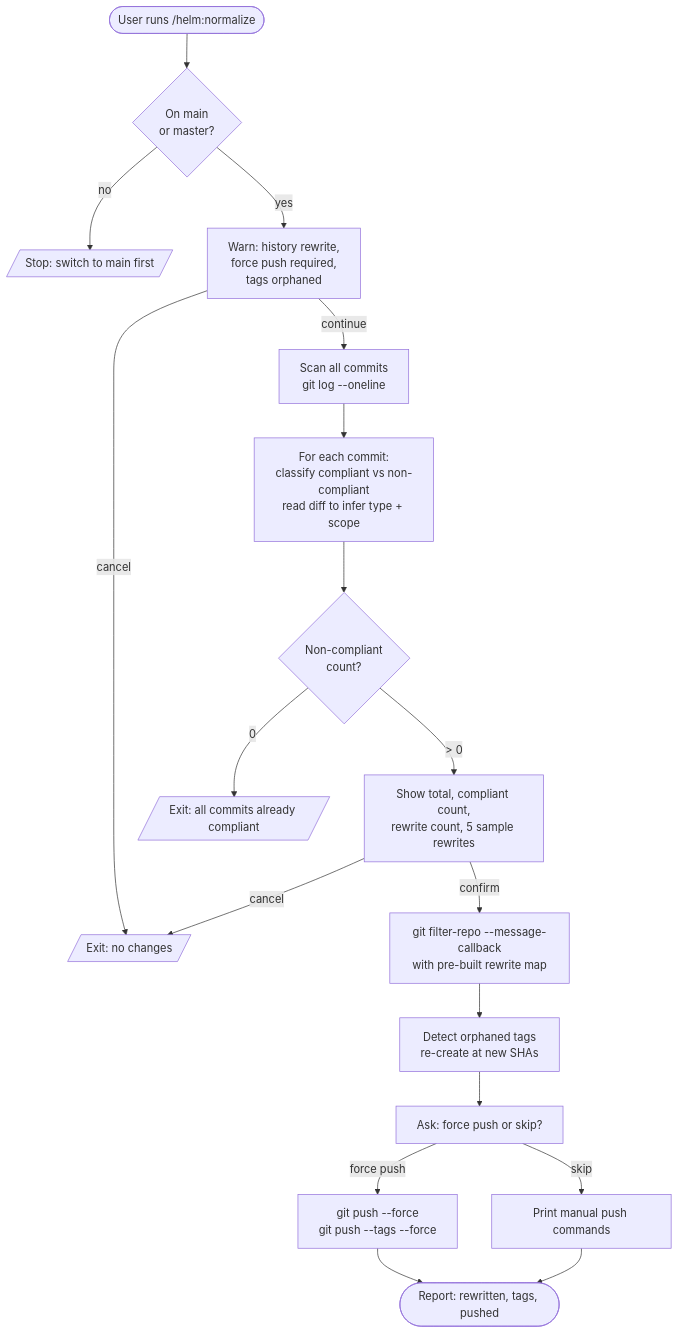
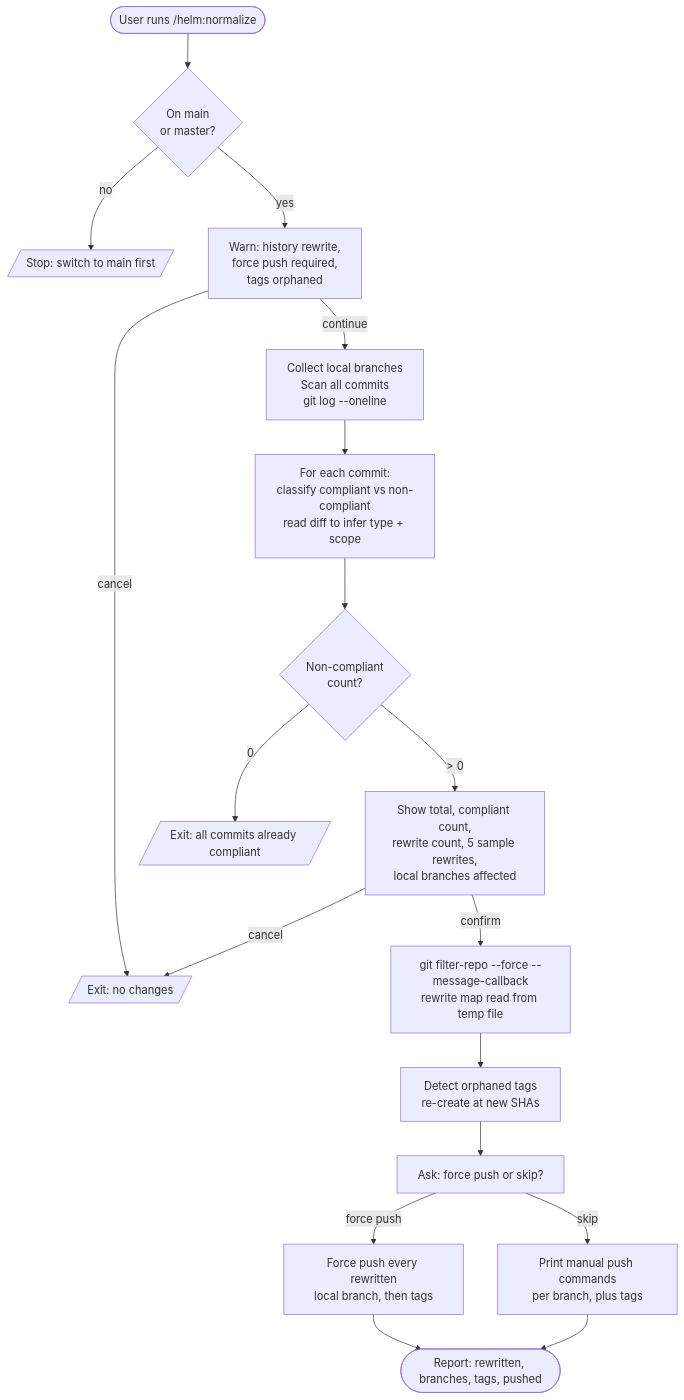
One commit to myowinthein/agent-helm changed the diagram in docs/commands/normalize.md. Above: the diagram before and after it, drawn with Mermaid. The commit also changed other lines of this file and 1 other file, not shown here.

First line of the commit message:
fix(normalize): fix filter-repo --force, fragile inline JSON, and abandoned branches

````diff
--- a/docs/commands/normalize.md
+++ b/docs/commands/normalize.md
@@ -13,27 +13,27 @@
 ```mermaid
 flowchart TD
   Start([User runs /helm:normalize]) --> Branch{On main<br/>or master?}
   Branch -->|no| BranchStop[/Stop: switch to main first/]
   Branch -->|yes| Warn[Warn: history rewrite,<br/>force push required,<br/>tags orphaned]
 
   Warn -->|cancel| Cancel[/Exit: no changes/]
-  Warn -->|continue| Scan[Scan all commits<br/>git log --oneline]
+  Warn -->|continue| Scan[Collect local branches<br/>Scan all commits<br/>git log --oneline]
 
   Scan --> Classify[For each commit:<br/>classify compliant vs non-compliant<br/>read diff to infer type + scope]
   Classify --> Count{Non-compliant<br/>count?}
 
   Count -->|0| NothingToDo[/Exit: all commits already compliant/]
-  Count -->|> 0| ShowPlan[Show total, compliant count,<br/>rewrite count, 5 sample rewrites]
+  Count -->|> 0| ShowPlan[Show total, compliant count,<br/>rewrite count, 5 sample rewrites,<br/>local branches affected]
 
   ShowPlan -->|cancel| Cancel
-  ShowPlan -->|confirm| Rewrite[git filter-repo --message-callback<br/>with pre-built rewrite map]
+  ShowPlan -->|confirm| Rewrite[git filter-repo --force --message-callback<br/>rewrite map read from temp file]
 
   Rewrite --> Tags[Detect orphaned tags<br/>re-create at new SHAs]
   Tags --> PushGate[Ask: force push or skip?]
 
-  PushGate -->|force push| Push[git push --force<br/>git push --tags --force]
-  PushGate -->|skip| Manual[Print manual push commands]
+  PushGate -->|force push| Push[Force push every rewritten<br/>local branch, then tags]
+  PushGate -->|skip| Manual[Print manual push commands<br/>per branch, plus tags]
 
-  Push --> Report([Report: rewritten, tags, pushed])
+  Push --> Report([Report: rewritten, branches, tags, pushed])
   Manual --> Report
 ```
````
